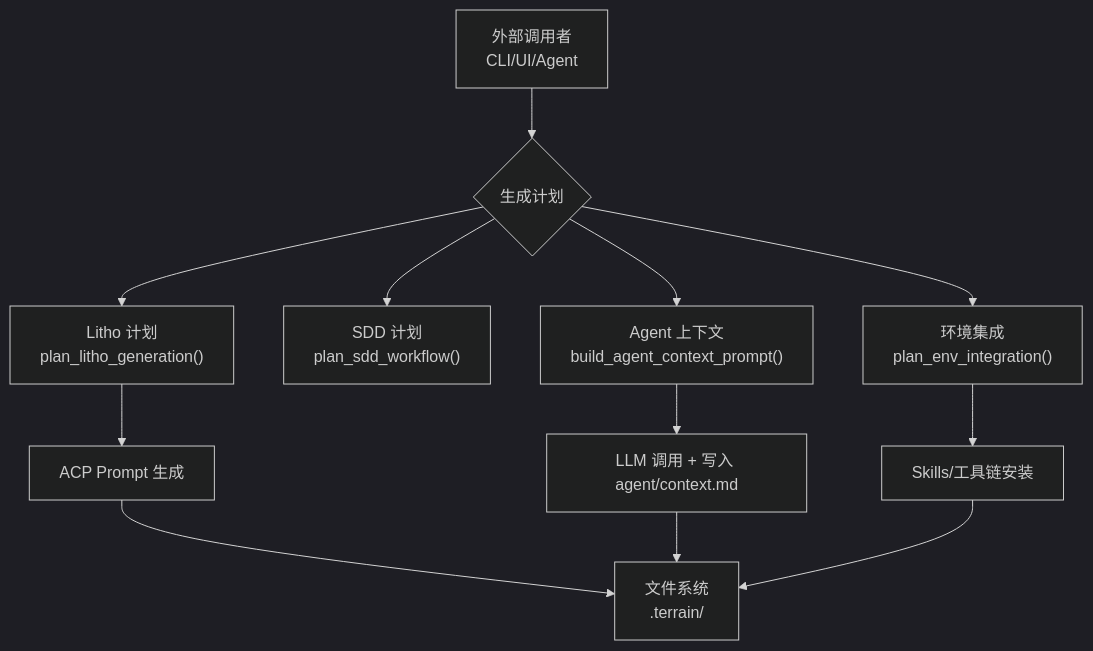
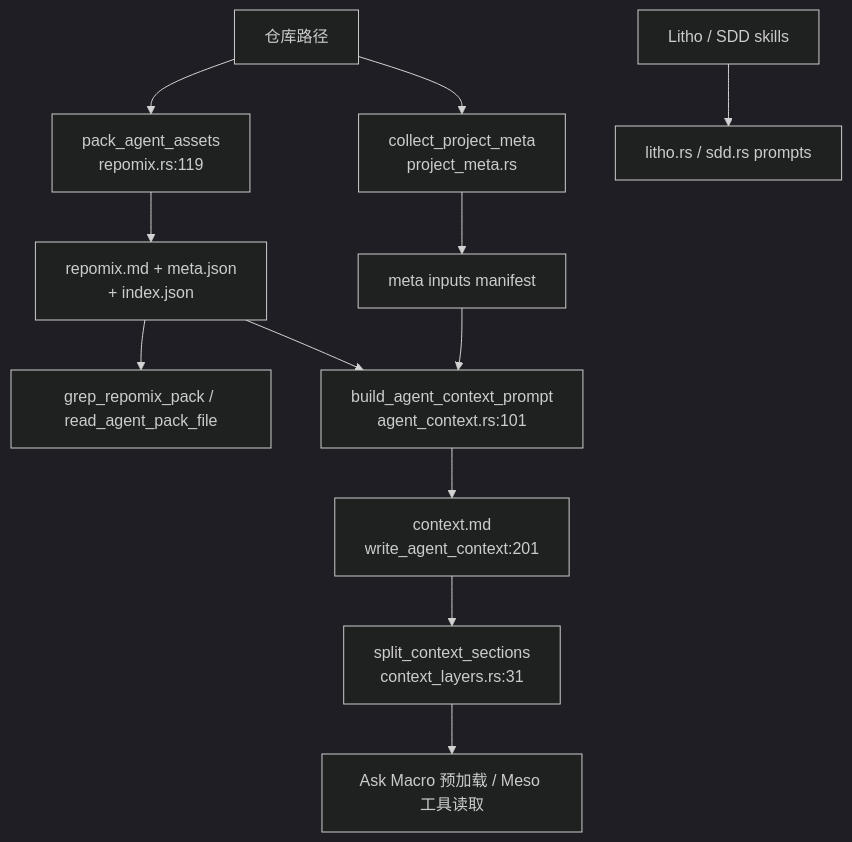
Before and after one commit to sopaco/terrain: the diagram in .terrain/human/4.Deep-Exploration/知识资产管理.md, drawn with Mermaid (dark theme). The commit also changed other lines of this file and 27 other files, not shown here.

````diff
--- a/.terrain/human/4.Deep-Exploration/知识资产管理.md
+++ b/.terrain/human/4.Deep-Exploration/知识资产管理.md
@@ -50,14 +50,14 @@
 ```mermaid
 flowchart TD
-    A["外部调用者<br/>CLI/UI/Agent"] --> B{"生成计划"}
-    B --> C["Litho 计划<br/>plan_litho_generation()"]
-    B --> D["SDD 计划<br/>plan_sdd_workflow()"]
-    B --> E["Agent 上下文<br/>build_agent_context_prompt()"]
-    B --> F["环境集成<br/>plan_env_integration()"]
-    C --> G["ACP Prompt 生成"]
-    E --> H["LLM 调用 + 写入 agent/context.md"]
-    F --> I["Skills/工具链安装"]
-    G --> J["文件系统<br/>.terrain/"]
-    H --> J
-    I --> J
+    A["仓库路径"] --> B["pack_agent_assets<br/>repomix.rs:119"]
+    B --> C["repomix.md + meta.json<br/>+ index.json"]
+    C --> D["grep_repomix_pack / read_agent_pack_file"]
+    A --> E["collect_project_meta<br/>project_meta.rs"]
+    E --> F["meta inputs manifest"]
+    C --> G["build_agent_context_prompt<br/>agent_context.rs:101"]
+    F --> G
+    G --> H["context.md<br/>write_agent_context:201"]
+    H --> I["split_context_sections<br/>context_layers.rs:31"]
+    I --> J["Ask Macro 预加载 / Meso 工具读取"]
+    K["Litho / SDD skills"] --> L["litho.rs / sdd.rs prompts"]
 ```
````
